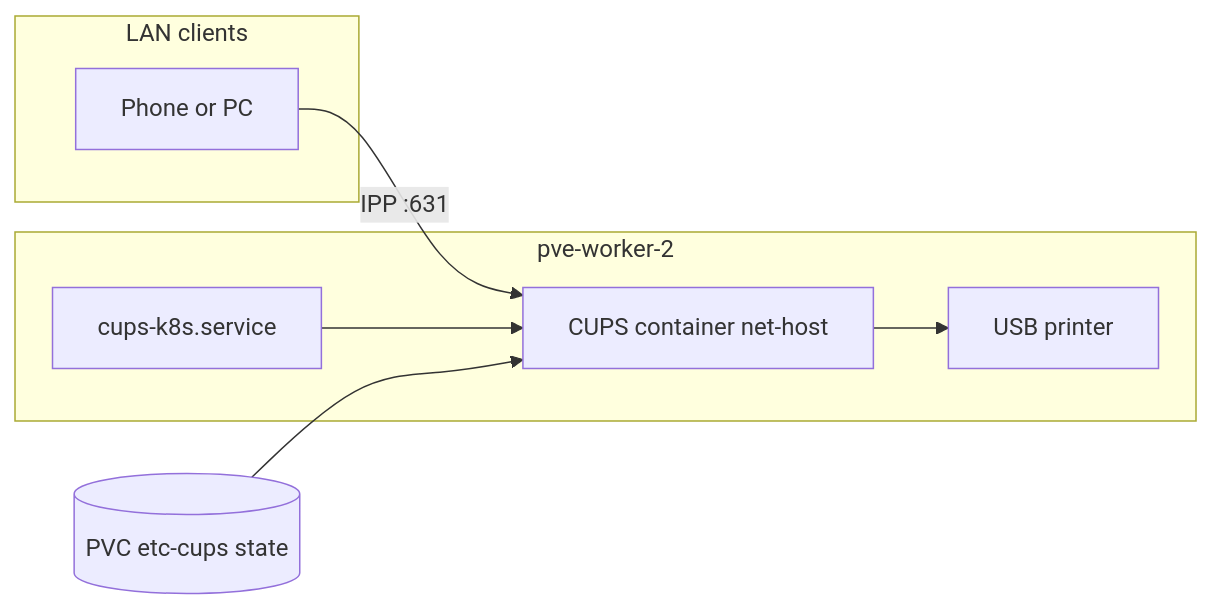
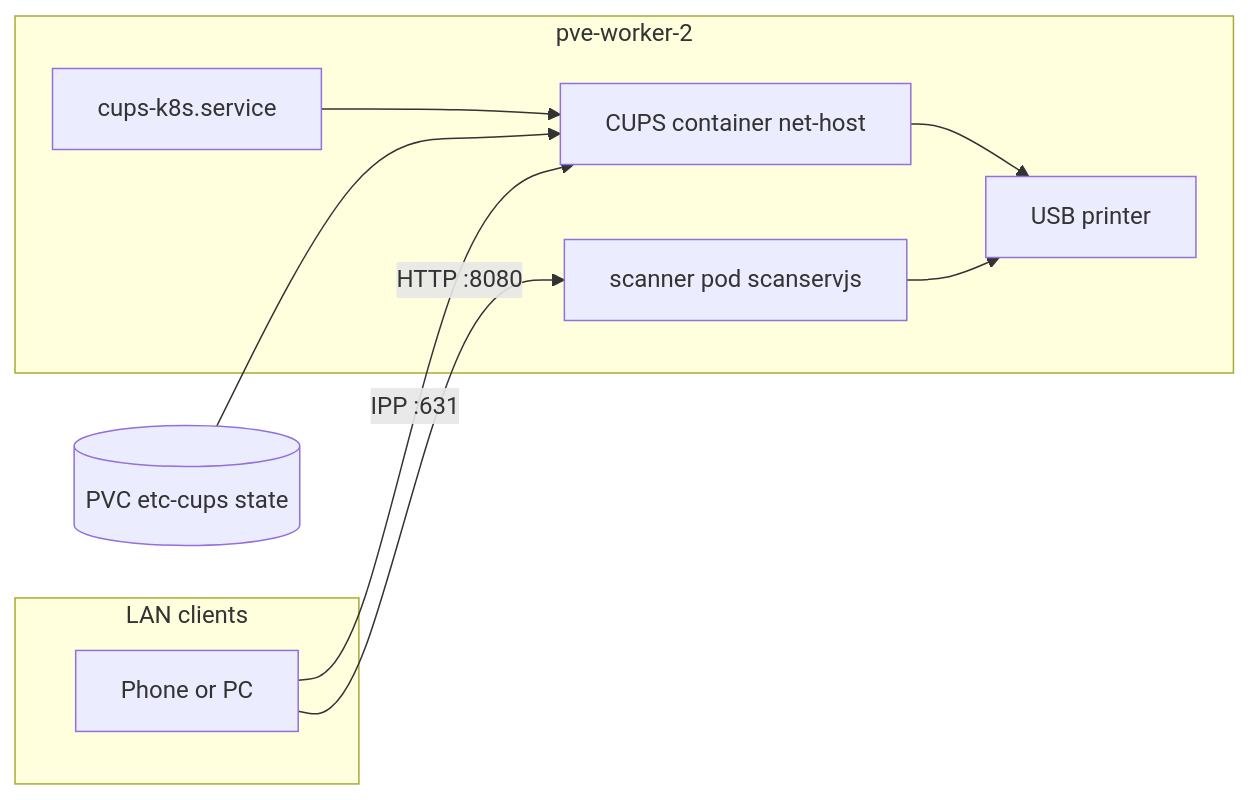
Before and after one commit to vutratenko/cups-k8s: the diagram in README.md, drawn with Mermaid. The commit also changed other lines of this file and 19 other files, not shown here.

First line of the commit message:
Add scanservjs scanner UI on pve-worker-2 and extend CUPS stack.

````diff
--- a/README.md
+++ b/README.md
@@ -9,15 +9,18 @@
 ```mermaid
 flowchart LR
   subgraph lan [LAN clients]
     Client[Phone or PC]
   end
   subgraph worker [pve-worker-2]
     Systemd[cups-k8s.service]
     Container[CUPS container net-host]
+    ScanPod[scanner pod scanservjs]
     USB[USB printer]
   end
   Client -->|IPP :631| Container
+  Client -->|HTTP :8080| ScanPod
   Systemd --> Container
   Container --> USB
+  ScanPod --> USB
   PVC[(PVC etc-cups state)] --> Container
 ```
````
